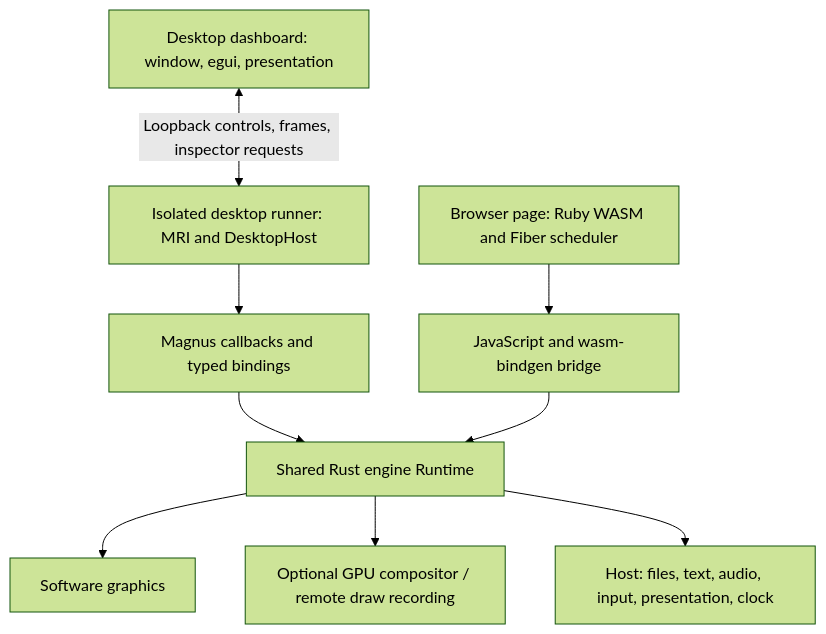
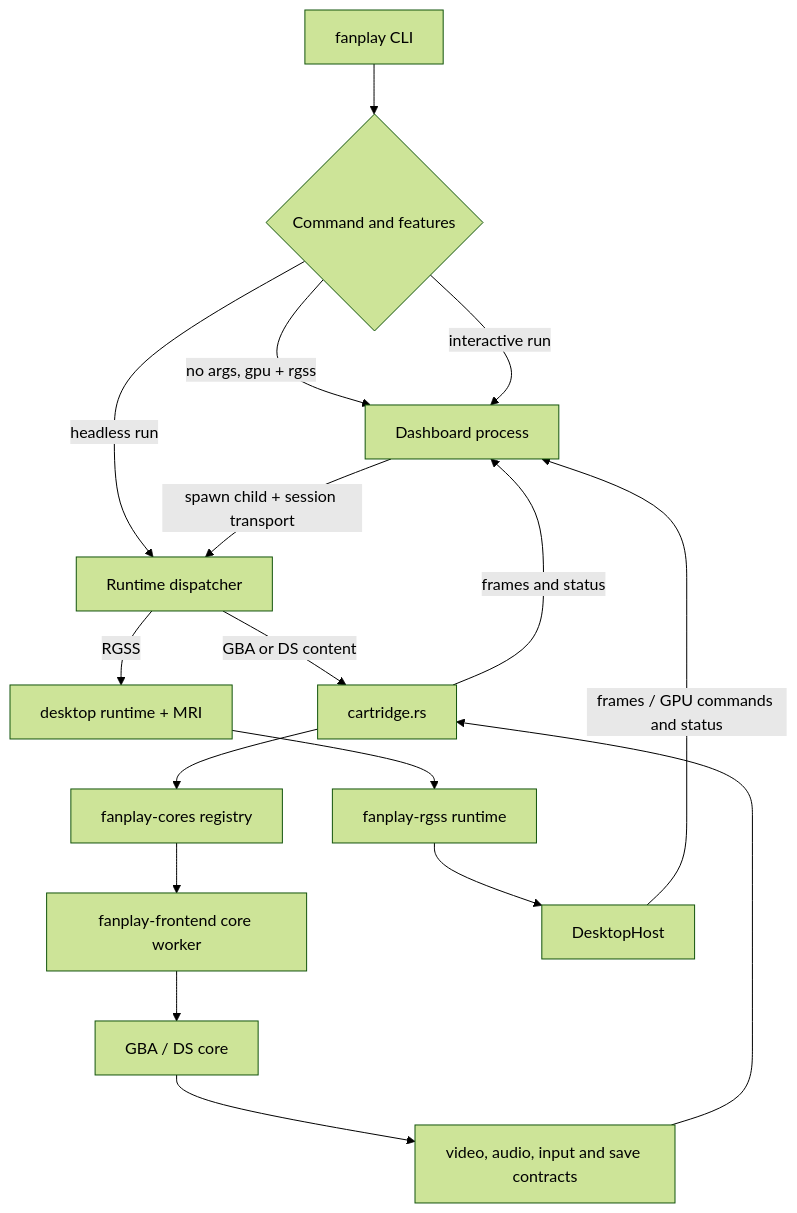
Before and after one commit to Rucadi/rsxp: the first of 3 diagrams in docs/architecture.md, drawn with Mermaid (forest theme). The commit also changed other lines of this file and 444 other files, not shown here.

````diff
--- a/docs/architecture.md
+++ b/docs/architecture.md
@@ -12,11 +33,19 @@
 ```mermaid
 flowchart TD
-    Dashboard[Desktop dashboard: window, egui, presentation] <-->|Loopback controls, frames, inspector requests| Runner[Isolated desktop runner: MRI and DesktopHost]
-    Runner --> Magnus[Magnus callbacks and typed bindings]
-    Page[Browser page: Ruby WASM and Fiber scheduler] --> Bridge[JavaScript and wasm-bindgen bridge]
-    Magnus --> Engine[Shared Rust engine Runtime]
-    Bridge --> Engine
-    Engine --> CPU[Software graphics]
-    Engine --> GPU[Optional GPU compositor / remote draw recording]
-    Engine --> Host[Host: files, text, audio, input, presentation, clock]
+    CLI[fanplay CLI] --> Dispatch{Command and features}
+    Dispatch -->|no args, gpu + rgss| Dashboard[Dashboard process]
+    Dispatch -->|interactive run| Dashboard
+    Dispatch -->|headless run| Runner[Runtime dispatcher]
+    Dashboard -->|spawn child + session transport| Runner
+    Runner -->|GBA or DS content| Cartridge[cartridge.rs]
+    Cartridge --> Catalog[fanplay-cores registry]
+    Catalog --> Worker[fanplay-frontend core worker]
+    Worker --> Core[GBA / DS core]
+    Runner -->|RGSS| NativeRGSS[desktop runtime + MRI]
+    NativeRGSS --> Engine[fanplay-rgss runtime]
+    Core --> Media[video, audio, input and save contracts]
+    Media --> Cartridge
+    Engine --> Host[DesktopHost]
+    Cartridge -->|frames and status| Dashboard
+    Host -->|frames / GPU commands and status| Dashboard
 ```
````
